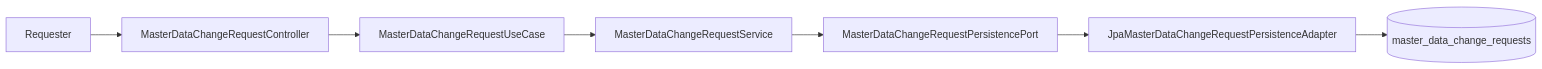
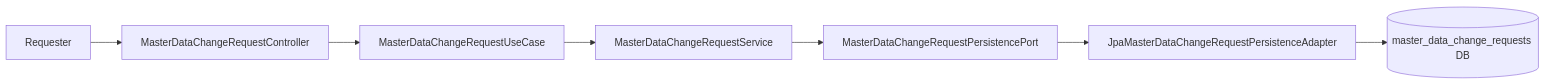
The third of 4 diagrams in master-data/docs/process-flow.md (skyg547/account), drawn with Mermaid before and after one commit. The commit also changed other lines of this file and 94 other files, not shown here.

````diff
--- a/master-data/docs/process-flow.md
+++ b/master-data/docs/process-flow.md
@@ -29,9 +29,9 @@
 ```mermaid
 flowchart LR
     A[Requester] --> B[MasterDataChangeRequestController]
     B --> C[MasterDataChangeRequestUseCase]
     C --> D[MasterDataChangeRequestService]
     D --> E[MasterDataChangeRequestPersistencePort]
     E --> F[JpaMasterDataChangeRequestPersistenceAdapter]
-    F --> G[(master_data_change_requests)]
+    F --> G[(master_data_change_requests DB)]
 ```
````
